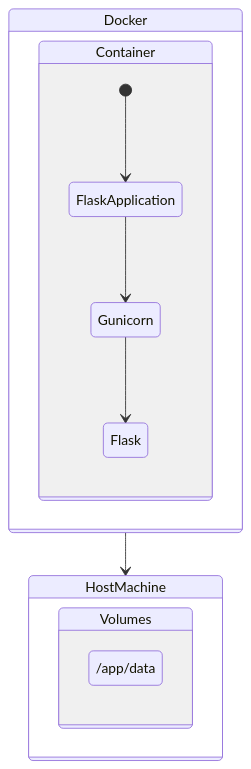
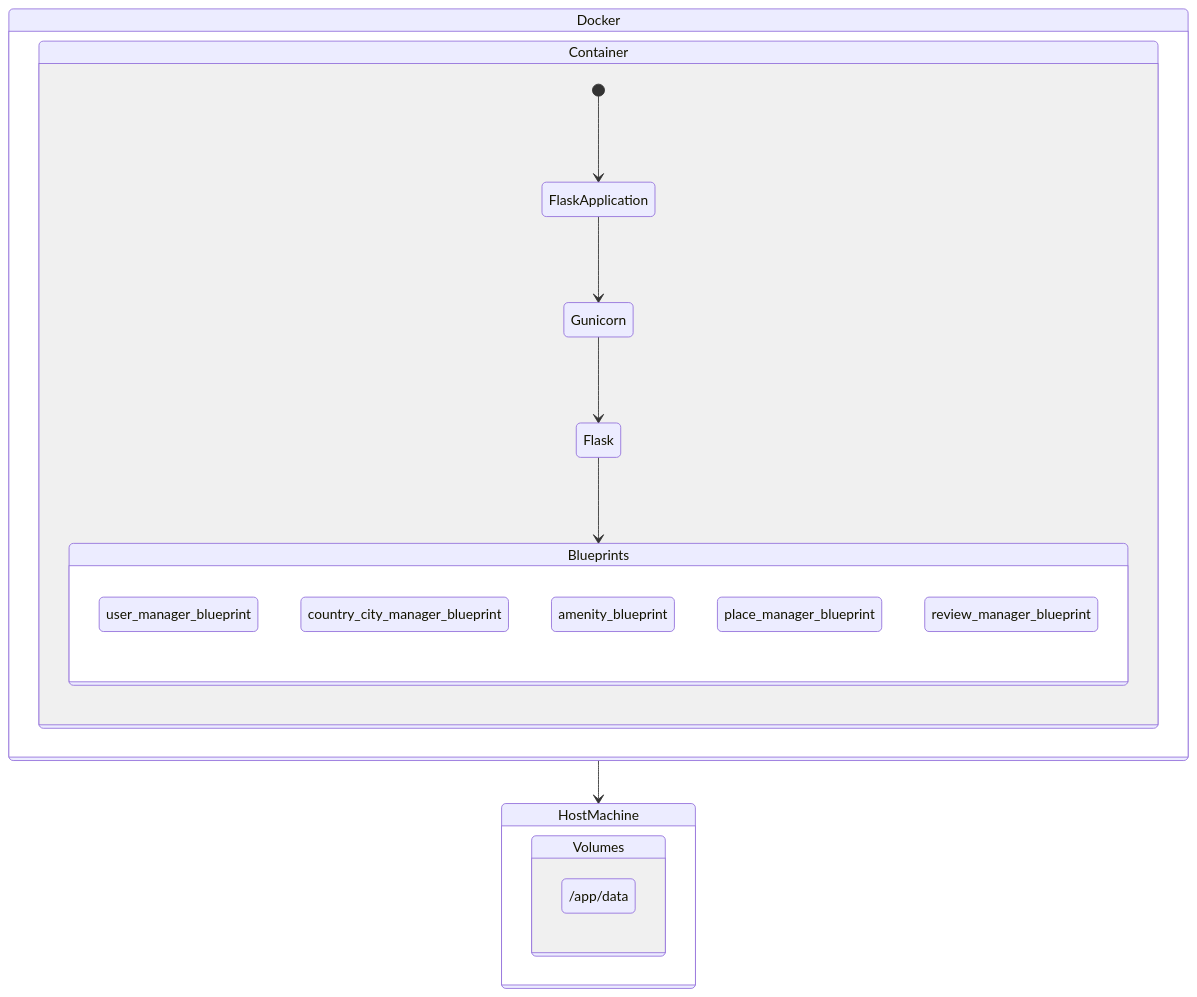
The second of 2 diagrams in README.md (CodeKillaPr/holbertonschool-hbnb-db), drawn with Mermaid before and after one commit.

````diff
--- a/README.md
+++ b/README.md
@@ -185,18 +185,26 @@
 ```mermaid
 stateDiagram-v2
     state Docker {
         state Container {
             [*] --> FlaskApplication
             FlaskApplication --> Gunicorn
             Gunicorn --> Flask
+            Flask --> Blueprints
+            state Blueprints {
+                user_manager_blueprint
+                country_city_manager_blueprint
+                amenity_blueprint
+                place_manager_blueprint
+                review_manager_blueprint
+            }
         }
     }
 
     state HostMachine {
         state Volumes {
             DataVolume : /app/data
         }
     }
 
     Docker --> HostMachine
 ```
````
